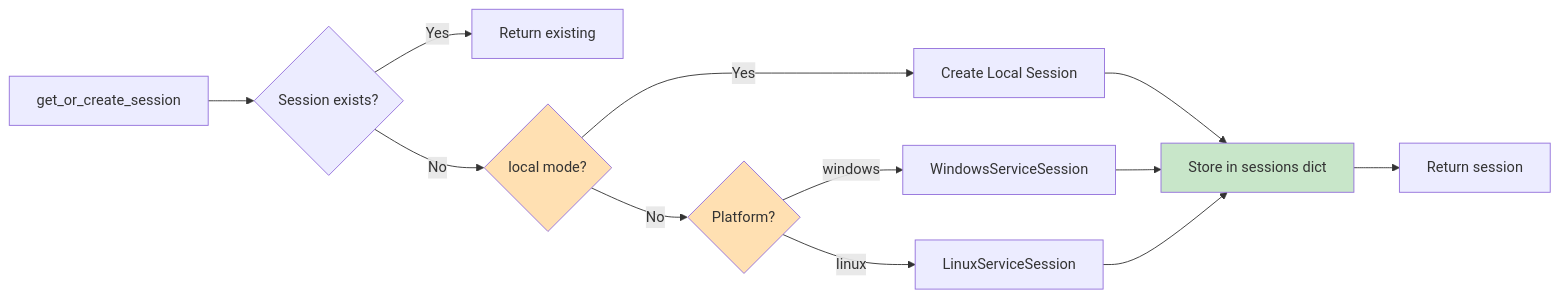
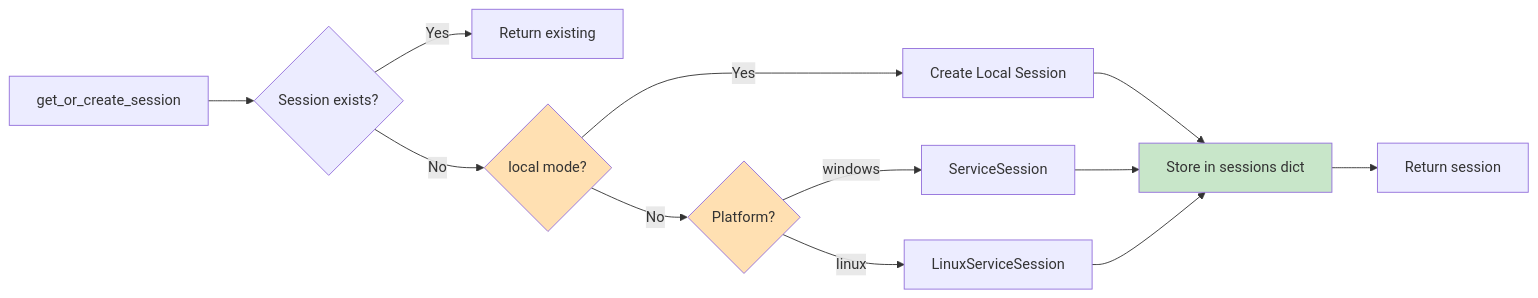
One commit to microsoft/UFO changed the second of 7 diagrams in documents/docs/server/session_manager.md. Above: the diagram before and after it, drawn with Mermaid. The commit also changed other lines of this file and 27 other files, not shown here.

````diff
--- a/documents/docs/server/session_manager.md
+++ b/documents/docs/server/session_manager.md
@@ -101,18 +103,18 @@
 ```mermaid
 graph LR
     A[get_or_create_session] --> B{Session exists?}
     B -->|Yes| C[Return existing]
     B -->|No| D{local mode?}
     D -->|Yes| E[Create Local Session]
     D -->|No| F{Platform?}
-    F -->|windows| G[WindowsServiceSession]
+    F -->|windows| G[ServiceSession]
     F -->|linux| H[LinuxServiceSession]
     E --> I[Store in sessions dict]
     G --> I
     H --> I
     I --> J[Return session]
     
     style D fill:#ffe0b2
     style F fill:#ffe0b2
     style I fill:#c8e6c9
 ```
````
